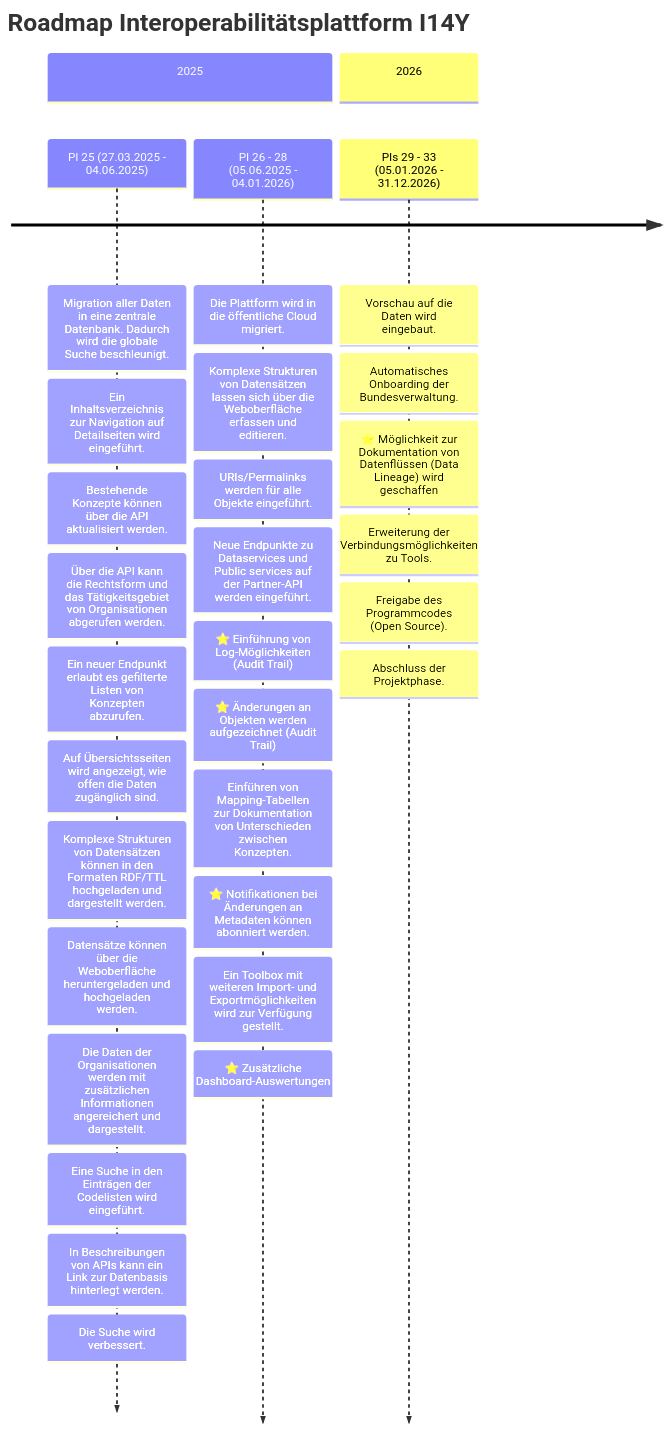
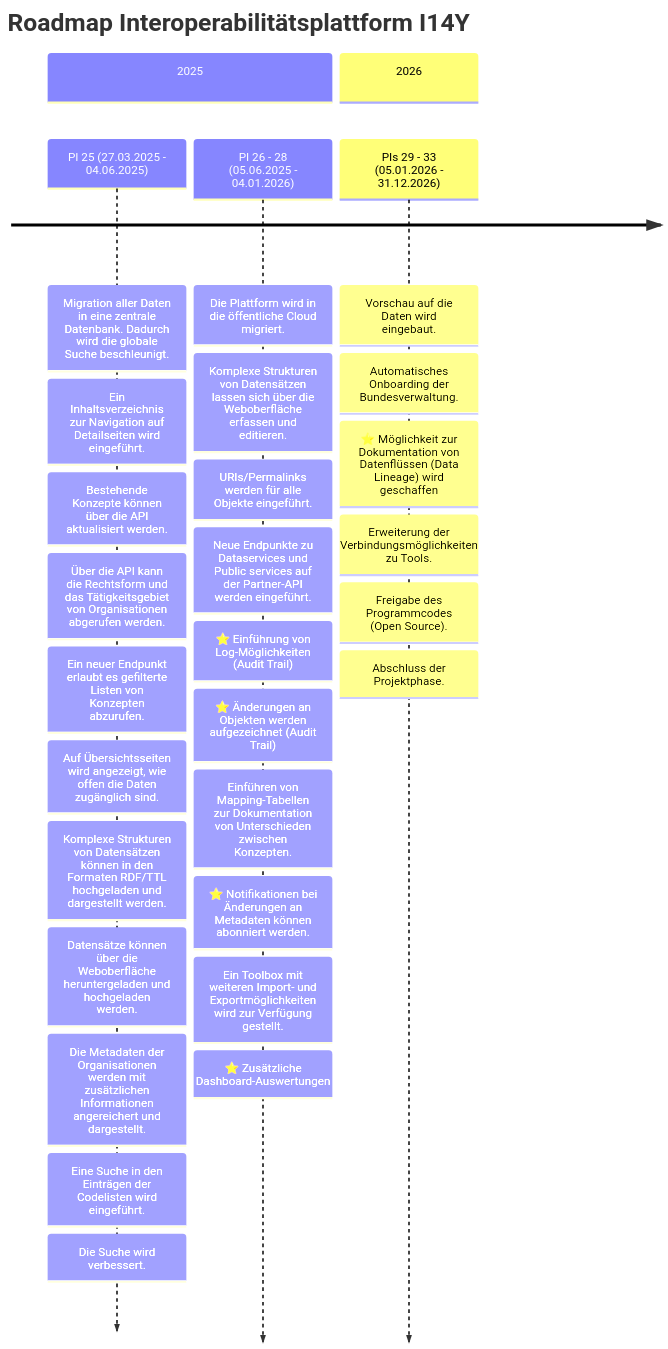
One commit to I14Y-ch/handbook changed the diagram in content/de/plattform/roadmap.md. Above: the diagram before and after it, drawn with Mermaid.

```diff
--- a/content/de/plattform/roadmap.md
+++ b/content/de/plattform/roadmap.md
@@ -21,40 +21,39 @@
 {{< mermaid width="650px" >}}
 timeline
     title Roadmap Interoperabilitätsplattform I14Y
     
     section 2025
         PI 25 (27.03.2025 - 04.06.2025)
         : Migration aller Daten in eine zentrale Datenbank. Dadurch wird die globale Suche beschleunigt.
         : Ein Inhaltsverzeichnis zur Navigation auf Detailseiten wird eingeführt.
         : Bestehende Konzepte können über die API aktualisiert werden.
         : Über die API kann die Rechtsform und das Tätigkeitsgebiet von Organisationen abgerufen werden.
         : Ein neuer Endpunkt erlaubt es gefilterte Listen von Konzepten abzurufen.
         : Auf Übersichtsseiten wird angezeigt, wie offen die Daten zugänglich sind. 
         : Komplexe Strukturen von Datensätzen können in den Formaten RDF/TTL hochgeladen und dargestellt werden. 
         : Datensätze können über die Weboberfläche heruntergeladen und hochgeladen werden.
-        : Die Daten der Organisationen werden mit zusätzlichen Informationen angereichert und dargestellt.
+        : Die Metadaten der Organisationen werden mit zusätzlichen Informationen angereichert und dargestellt.
         : Eine Suche in den Einträgen der Codelisten wird eingeführt.
-        : In Beschreibungen von APIs kann ein Link zur Datenbasis hinterlegt werden.
         : Die Suche wird verbessert.
         
         PI 26 - 28 (05.06.2025 - 04.01.2026)
         : Die Plattform wird in die öffentliche Cloud migriert.
         : Komplexe Strukturen von Datensätzen lassen sich über die Weboberfläche erfassen und editieren.
         : URIs/Permalinks werden für alle Objekte eingeführt.
         : Neue Endpunkte zu Dataservices und Public services auf der Partner-API werden eingeführt.
         : ⭐ Einführung von Log-Möglichkeiten (Audit Trail)
         : ⭐ Änderungen an Objekten werden aufgezeichnet (Audit Trail)
         : Einführen von Mapping-Tabellen zur Dokumentation von Unterschieden zwischen Konzepten.
         : ⭐ Notifikationen bei Änderungen an Metadaten können abonniert werden.
         : Ein Toolbox mit weiteren Import- und Exportmöglichkeiten wird zur Verfügung gestellt.
         : ⭐ Zusätzliche Dashboard-Auswertungen
   
     section 2026
         PIs 29 - 33 (05.01.2026 - 31.12.2026)
         : Vorschau auf die Daten wird eingebaut.
         : Automatisches Onboarding der Bundesverwaltung.
         : ⭐ Möglichkeit zur Dokumentation von Datenflüssen (Data Lineage) wird geschaffen
         : Erweiterung der Verbindungsmöglichkeiten zu Tools.
         : Freigabe des Programmcodes (Open Source).
         : Abschluss der Projektphase.
 {{< /mermaid >}}
```
